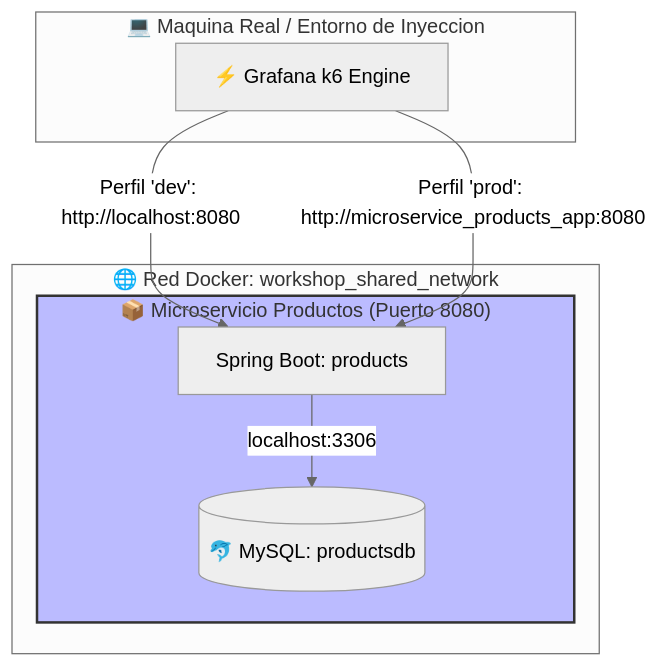
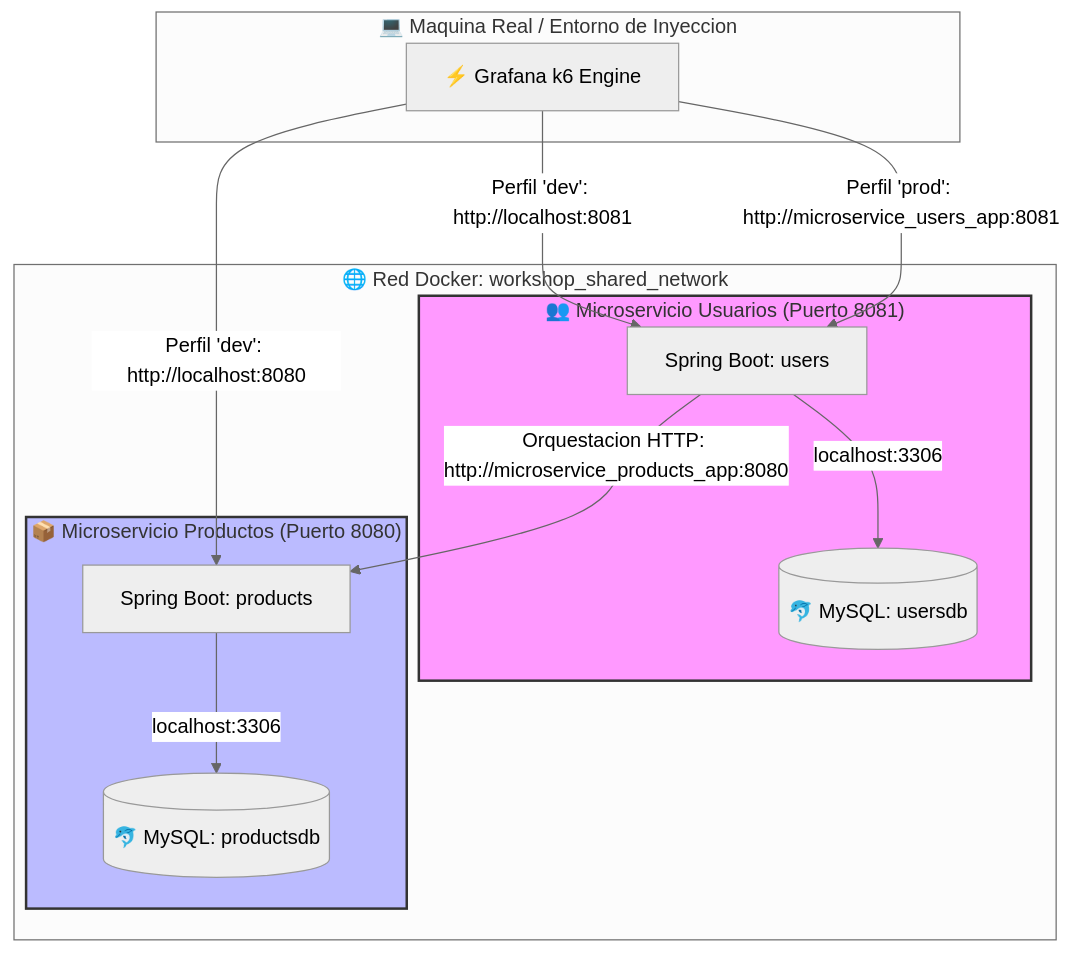
One commit to wortiz1027/workshop changed the first of 5 diagrams in performance/README.md. Above: the diagram before and after it, drawn with Mermaid (neutral theme). The commit also changed other lines of this file and 1 other file, not shown here.

````diff
--- a/performance/README.md
+++ b/performance/README.md
@@ -11,20 +11,30 @@
 ```mermaid
 graph TD
     subgraph Host ["💻 Maquina Real / Entorno de Inyeccion"]
         K6[⚡ Grafana k6 Engine]
     end
 
     subgraph DockerBridge ["🌐 Red Docker: workshop_shared_network"]
+        subgraph SubUsers ["👥 Microservicio Usuarios (Puerto 8081)"]
+            AppUsers[Spring Boot: users]
+            DBUsers[(🐬 MySQL: usersdb)]
+            AppUsers -->|localhost:3306| DBUsers
+        end
+
         subgraph SubProducts ["📦 Microservicio Productos (Puerto 8080)"]
             AppProducts[Spring Boot: products]
             DBProducts[(🐬 MySQL: productsdb)]
             AppProducts -->|localhost:3306| DBProducts
         end
     end
 
-    %% Flujos de Red Dinámicos según el Entorno
+    %% Flujos de Red Dinámicos según el Entornos de k6
+    K6 -->|"Perfil 'dev': http://localhost:8081"| AppUsers
     K6 -->|"Perfil 'dev': http://localhost:8080"| AppProducts
-    K6 -->|"Perfil 'prod': http://microservice_products_app:8080"| AppProducts
 
+    K6 -->|"Perfil 'prod': http://microservice_users_app:8081"| AppUsers
+    AppUsers -->|"Orquestacion HTTP: http://microservice_products_app:8080"| AppProducts
+
+    style SubUsers fill:#f9f,stroke:#333,stroke-width:2px
     style SubProducts fill:#bbf,stroke:#333,stroke-width:2px
 ```
````
